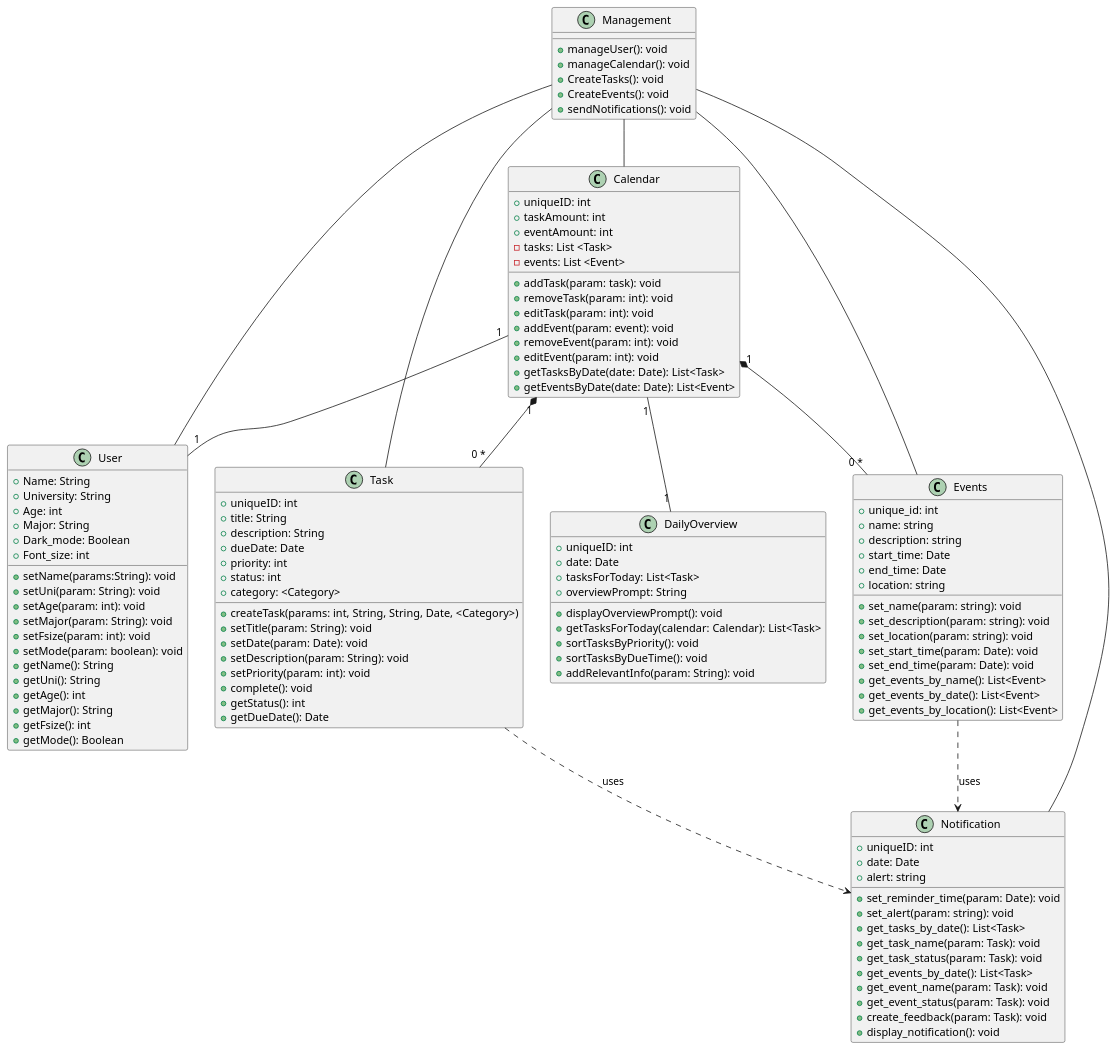
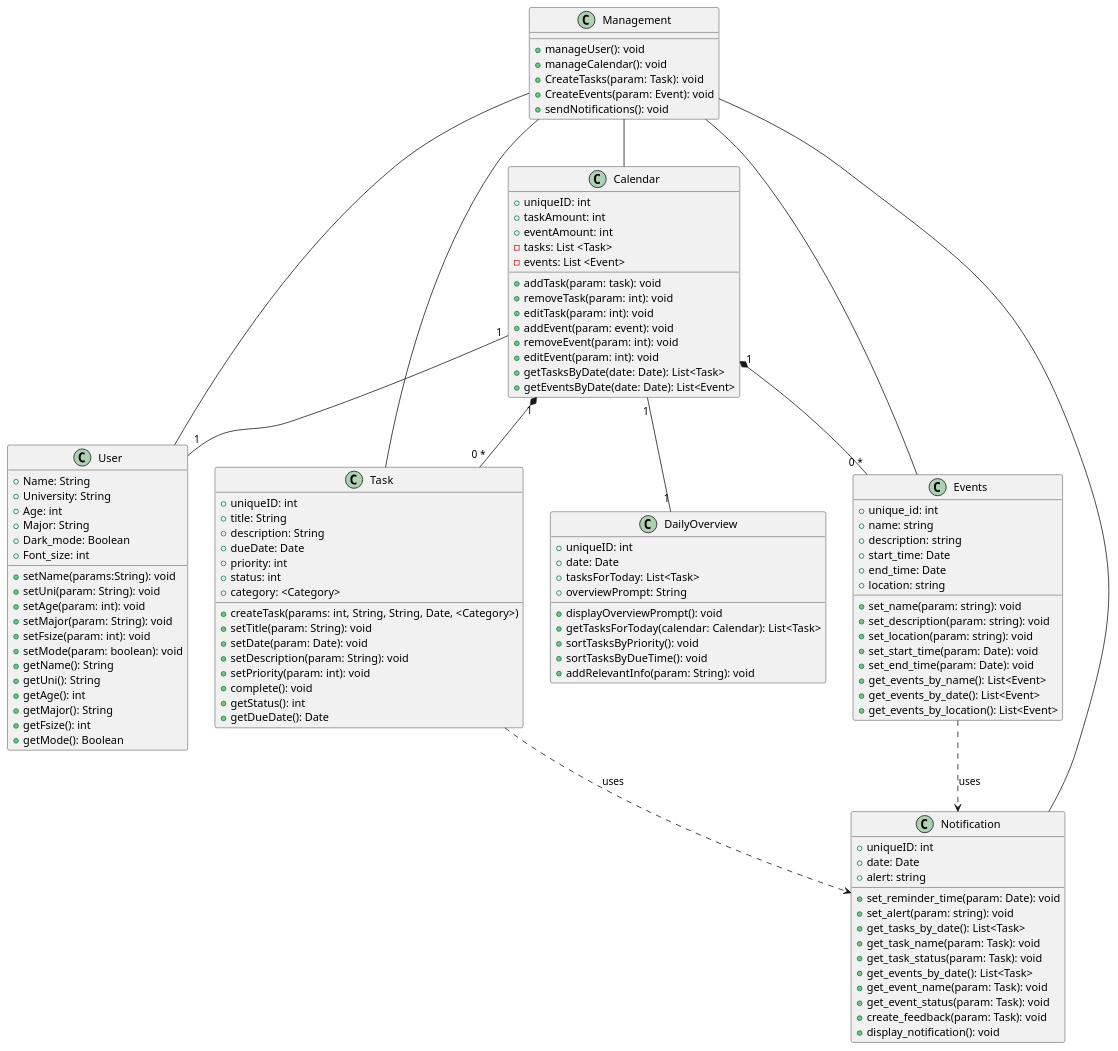
One commit to CS361-2024Fall-Term/Innovators changed the diagram in assignment6/Diagram.puml. Above: the diagram before and after it, drawn with PlantUML.

Commit message:
add management class

```diff
--- a/assignment6/Diagram.puml
+++ b/assignment6/Diagram.puml
@@ -1,128 +1,128 @@
 @startuml
 
 class User {
   +Name: String
   +University: String
   +Age: int
   +Major: String
   +Dark_mode: Boolean
   +Font_size: int
   +setName(params:String): void
   +setUni(param: String): void
   +setAge(param: int): void
   +setMajor(param: String): void
   +setFsize(param: int): void
   +setMode(param: boolean): void
   +getName(): String
   +getUni(): String
   +getAge(): int
   +getMajor(): String
   +getFsize(): int
   +getMode(): Boolean
  
 }
 
 class Calendar{
   +uniqueID: int  
   +taskAmount: int
   +eventAmount: int
   -tasks: List <Task>
   -events: List <Event>
   +addTask(param: task): void
   +removeTask(param: int): void
   +editTask(param: int): void
   +addEvent(param: event): void
   +removeEvent(param: int): void
   +editEvent(param: int): void
   +getTasksByDate(date: Date): List<Task>
   +getEventsByDate(date: Date): List<Event>
 }
 
 class Task {
   +uniqueID: int
   +title: String
   +description: String
   +dueDate: Date
   +priority: int
   +status: int
   +category: <Category>
   +createTask(params: int, String, String, Date, <Category>)
   +setTitle(param: String): void
   +setDate(param: Date): void
   +setDescription(param: String): void
   +setPriority(param: int): void
   +complete(): void
   +getStatus(): int
   +getDueDate(): Date
 }
 
 class Notification {
   +uniqueID: int  
   +date: Date
   +alert: string
   
   +set_reminder_time(param: Date): void
   +set_alert(param: string): void
   +get_tasks_by_date(): List<Task>
   +get_task_name(param: Task): void
   +get_task_status(param: Task): void
   +get_events_by_date(): List<Task>
   +get_event_name(param: Task): void
   +get_event_status(param: Task): void
   +create_feedback(param: Task): void
   +display_notification(): void
 }
 
 class Events {
   +unique_id: int  
   +name: string
   +description: string
   +start_time: Date
   +end_time: Date
   +location: string
   +set_name(param: string): void
   +set_description(param: string): void
   +set_location(param: string): void
   +set_start_time(param: Date): void
   +set_end_time(param: Date): void
   +get_events_by_name(): List<Event>
   +get_events_by_date(): List<Event>
   +get_events_by_location(): List<Event>
 }
 
 class DailyOverview {
     +uniqueID: int
     +date: Date
     +tasksForToday: List<Task>
     +overviewPrompt: String
 
     +displayOverviewPrompt(): void
     +getTasksForToday(calendar: Calendar): List<Task>
     +sortTasksByPriority(): void
     +sortTasksByDueTime(): void
     +addRelevantInfo(param: String): void
 }
 
 class Management {
   +manageUser(): void
   +manageCalendar(): void
-  +CreateTasks(): void
-  +CreateEvents(): void
+  +CreateTasks(param: Task): void
+  +CreateEvents(param: Event): void
   +sendNotifications(): void
 }
 
 Management -- User
 Management -- Calendar
 Management -- Task
 Management -- Events
 Management -- Notification
 
 Calendar "1" -- "1" User
 Calendar "1" *-- "0 *" Task
 Calendar "1" *-- "0 *" Events
 Task ..> Notification: uses
 Events ..> Notification: uses
 Calendar "1" -- "1" DailyOverview
 
 
 @enduml
```
